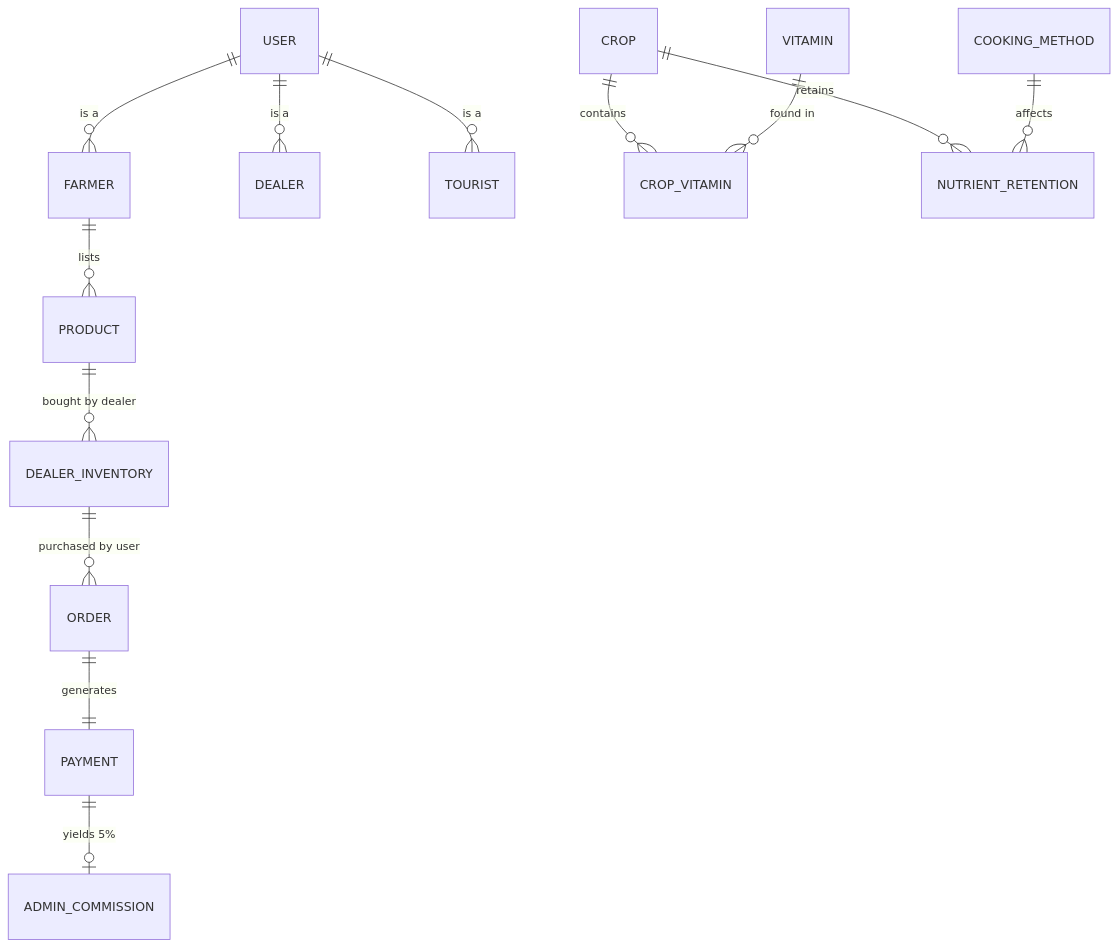
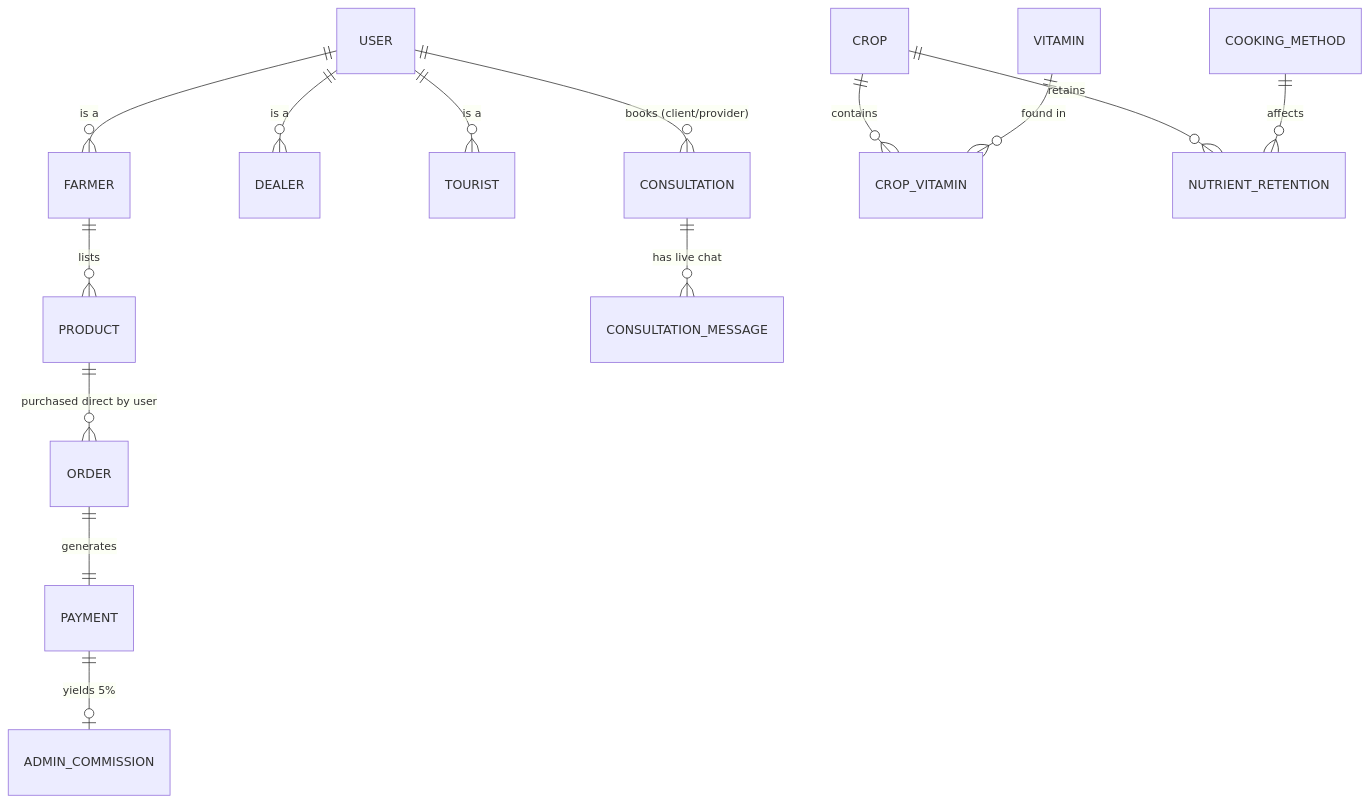
The second of 2 diagrams in README.md (Nazmul1005/Krishi-Disha), drawn with Mermaid before and after one commit. The commit also changed other lines of this file and 1 other file, not shown here.

````diff
--- a/README.md
+++ b/README.md
@@ -101,16 +102,17 @@
 ```mermaid
 erDiagram
     USER ||--o{ FARMER : "is a"
     USER ||--o{ DEALER : "is a"
     USER ||--o{ TOURIST : "is a"
     FARMER ||--o{ PRODUCT : "lists"
-    PRODUCT ||--o{ DEALER_INVENTORY : "bought by dealer"
-    DEALER_INVENTORY ||--o{ ORDER : "purchased by user"
+    PRODUCT ||--o{ ORDER : "purchased direct by user"
     ORDER ||--|| PAYMENT : "generates"
     PAYMENT ||--o| ADMIN_COMMISSION : "yields 5%"
+    USER ||--o{ CONSULTATION : "books (client/provider)"
+    CONSULTATION ||--o{ CONSULTATION_MESSAGE : "has live chat"
     
     CROP ||--o{ CROP_VITAMIN : "contains"
     VITAMIN ||--o{ CROP_VITAMIN : "found in"
     CROP ||--o{ NUTRIENT_RETENTION : "retains"
     COOKING_METHOD ||--o{ NUTRIENT_RETENTION : "affects"
 ```
````
